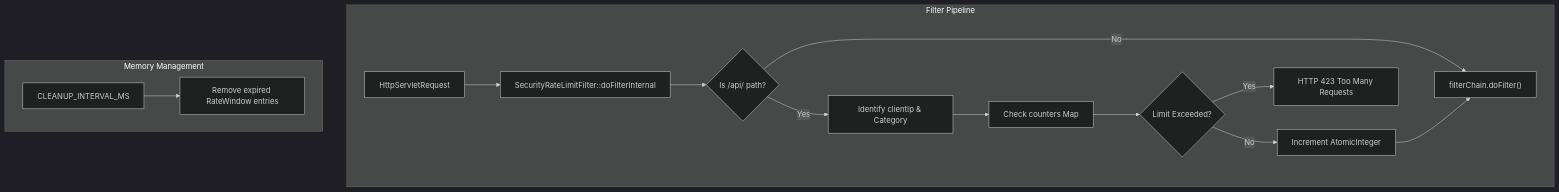
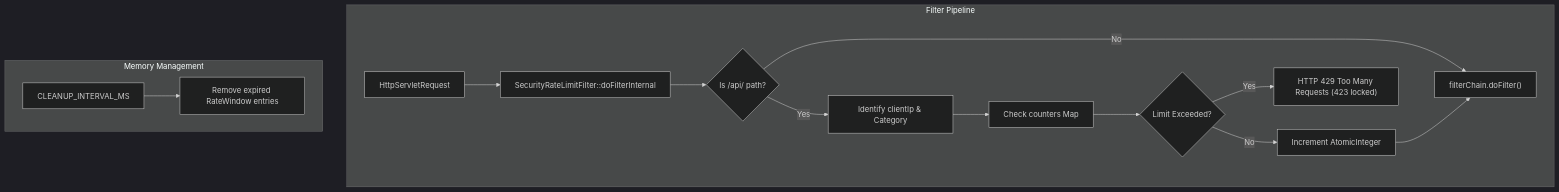
Before and after one commit to afonso4machado-a11y/pgu-tub-dai: the first of 2 diagrams in Wiki/08-Seguranca.md, drawn with Mermaid (dark theme). The commit also changed other lines of this file and 8 other files, not shown here.

Commit message:
docs: update wiki files with new package names and add simple + technical explanations to all diagrams

````diff
--- a/Wiki/08-Seguranca.md
+++ b/Wiki/08-Seguranca.md
@@ -25,18 +25,18 @@
 ```mermaid
 graph TD
  subgraph "Filter Pipeline"
  A["HttpServletRequest"] --> B["SecurityRateLimitFilter::doFilterInternal"]
  B --> C{"Is /api/ path?"}
  C -- "No" --> D["filterChain.doFilter()"]
  C -- "Yes" --> E["Identify clientIp & Category"]
  E --> F["Check counters Map"]
  F --> G{"Limit Exceeded?"}
- G -- "Yes" --> H["HTTP 423 Too Many Requests"]
+ G -- "Yes" --> H["HTTP 429 Too Many Requests (423 locked)"]
  G -- "No" --> I["Increment AtomicInteger"]
  I --> D
  end
 
  subgraph "Memory Management"
  J["CLEANUP_INTERVAL_MS"] --> K["Remove expired RateWindow entries"]
  end
 ```
````
